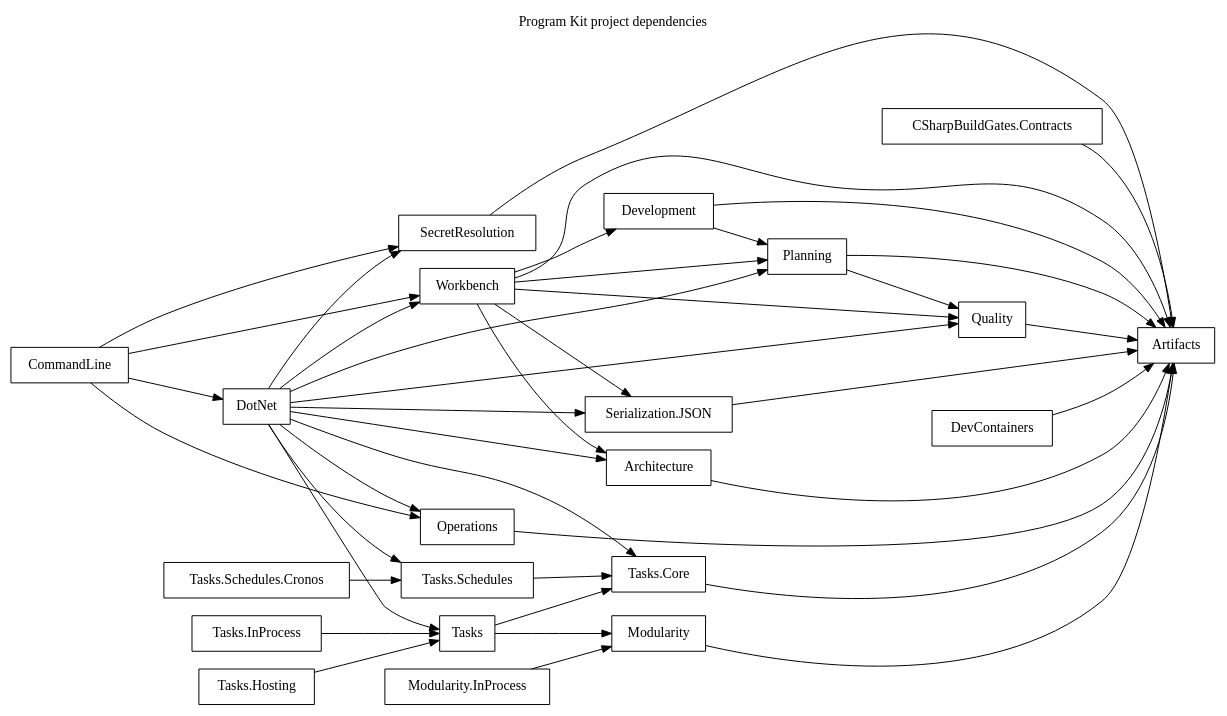
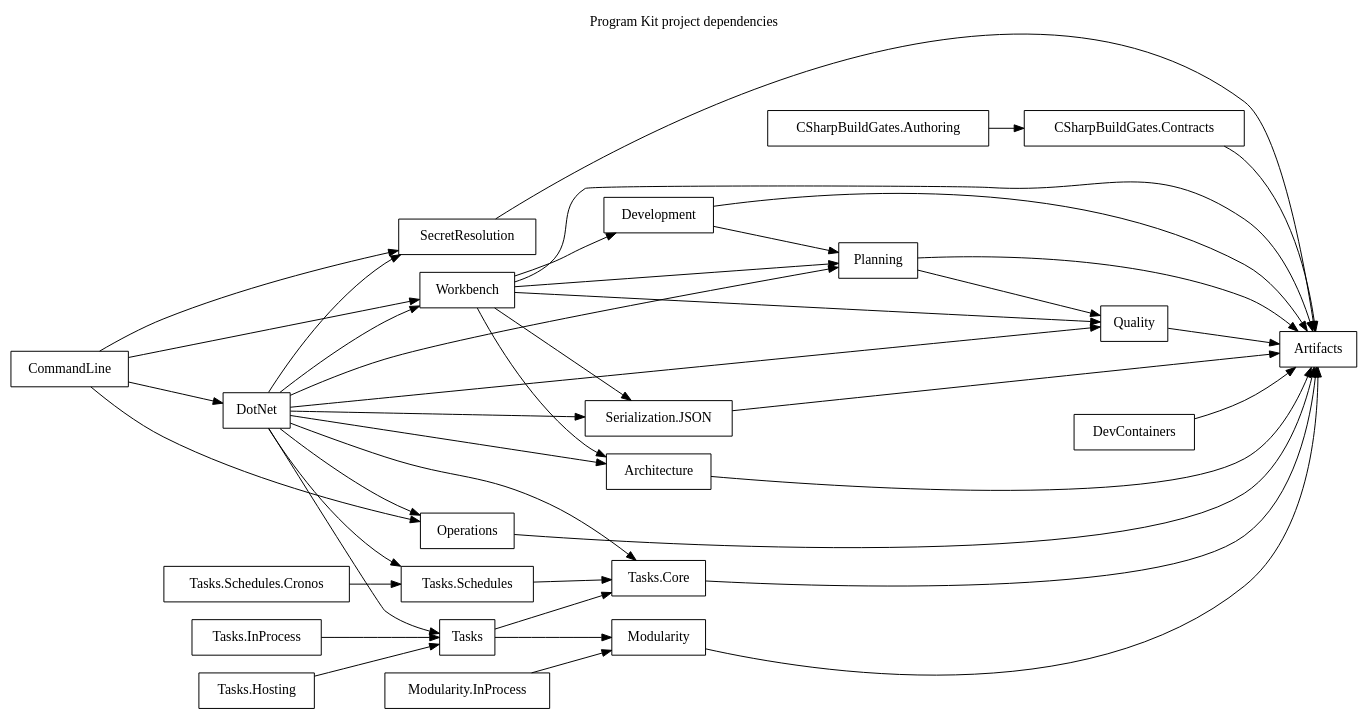
One commit to orbyss-io/program-kit changed the diagram in artifacts/self-hosted/dependency-graph.dot. Above: the diagram before and after it, drawn with Graphviz. The commit also changed 43 other files, not shown here.

First line of the commit message:
feat(build-gates): add consumer analyzer authoring kit

```diff
--- a/artifacts/self-hosted/dependency-graph.dot
+++ b/artifacts/self-hosted/dependency-graph.dot
@@ -1,45 +1,46 @@
 digraph ProgramKitDependencies {
   graph [label="Program Kit project dependencies", labelloc="t", rankdir="LR"];
   node [shape="box"];
 
   "Architecture" -> "Artifacts";
+  "CSharpBuildGates.Authoring" -> "CSharpBuildGates.Contracts";
   "CSharpBuildGates.Contracts" -> "Artifacts";
   "CommandLine" -> "DotNet";
   "CommandLine" -> "Operations";
   "CommandLine" -> "SecretResolution";
   "CommandLine" -> "Workbench";
   "Development" -> "Artifacts";
   "Development" -> "Planning";
   "DevContainers" -> "Artifacts";
   "DotNet" -> "Architecture";
   "DotNet" -> "Operations";
   "DotNet" -> "Planning";
   "DotNet" -> "Quality";
   "DotNet" -> "SecretResolution";
   "DotNet" -> "Serialization.JSON";
   "DotNet" -> "Tasks";
   "DotNet" -> "Tasks.Core";
   "DotNet" -> "Tasks.Schedules";
   "DotNet" -> "Workbench";
   "Modularity" -> "Artifacts";
   "Modularity.InProcess" -> "Modularity";
   "Operations" -> "Artifacts";
   "Planning" -> "Artifacts";
   "Planning" -> "Quality";
   "Quality" -> "Artifacts";
   "SecretResolution" -> "Artifacts";
   "Serialization.JSON" -> "Artifacts";
   "Tasks" -> "Modularity";
   "Tasks" -> "Tasks.Core";
   "Tasks.Core" -> "Artifacts";
   "Tasks.Hosting" -> "Tasks";
   "Tasks.InProcess" -> "Tasks";
   "Tasks.Schedules" -> "Tasks.Core";
   "Tasks.Schedules.Cronos" -> "Tasks.Schedules";
   "Workbench" -> "Architecture";
   "Workbench" -> "Artifacts";
   "Workbench" -> "Development";
   "Workbench" -> "Planning";
   "Workbench" -> "Quality";
   "Workbench" -> "Serialization.JSON";
 }
```
